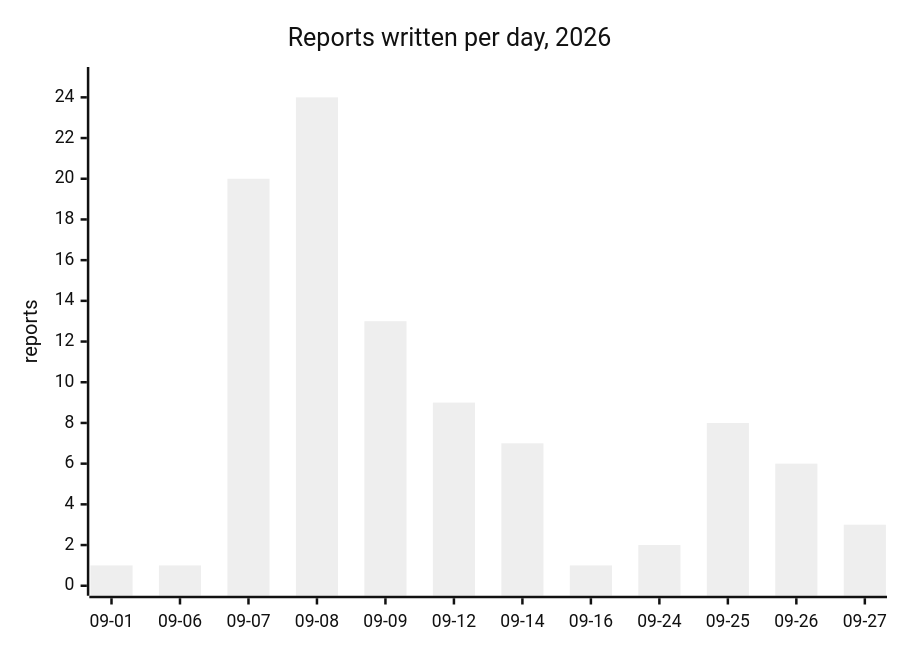
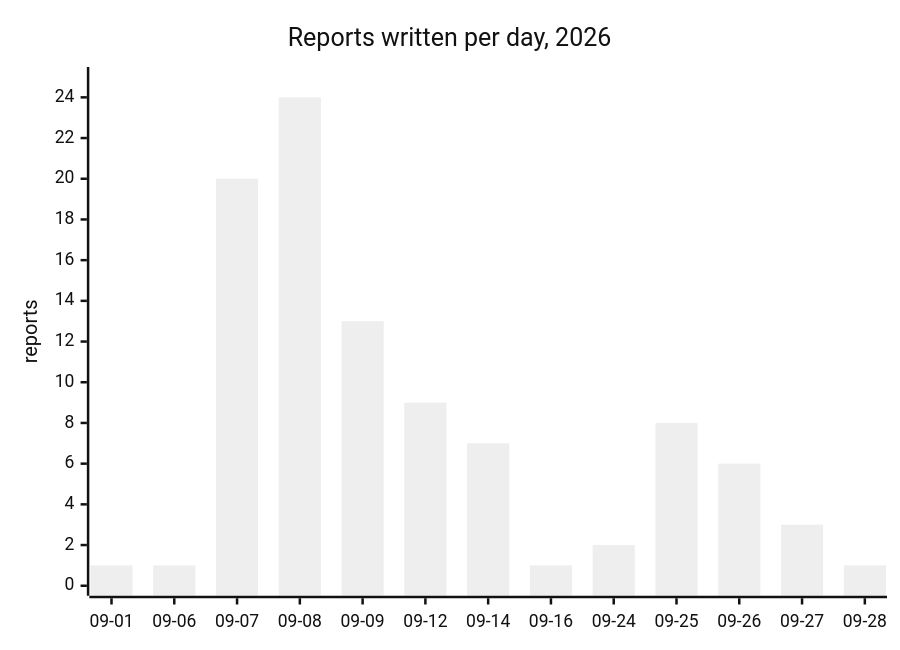
Before and after one commit to cluster2600/porscheparts: the diagram in docs/reports/README.md, drawn with Mermaid (neutral theme). The commit also changed other lines of this file and 6 other files, not shown here.

````diff
--- a/docs/reports/README.md
+++ b/docs/reports/README.md
@@ -7,7 +7,7 @@
 ```mermaid
 xychart-beta
     title "Reports written per day, 2026"
-    x-axis ["09-01", "09-06", "09-07", "09-08", "09-09", "09-12", "09-14", "09-16", "09-24", "09-25", "09-26", "09-27"]
+    x-axis ["09-01", "09-06", "09-07", "09-08", "09-09", "09-12", "09-14", "09-16", "09-24", "09-25", "09-26", "09-27", "09-28"]
     y-axis "reports" 0 --> 25
-    bar [1, 1, 20, 24, 13, 9, 7, 1, 2, 8, 6, 3]
+    bar [1, 1, 20, 24, 13, 9, 7, 1, 2, 8, 6, 3, 1]
 ```
````
